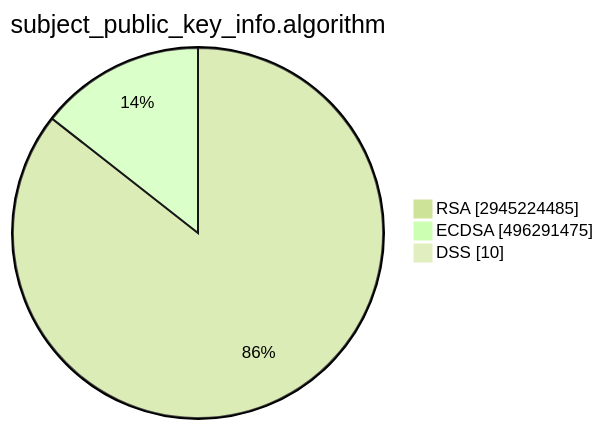
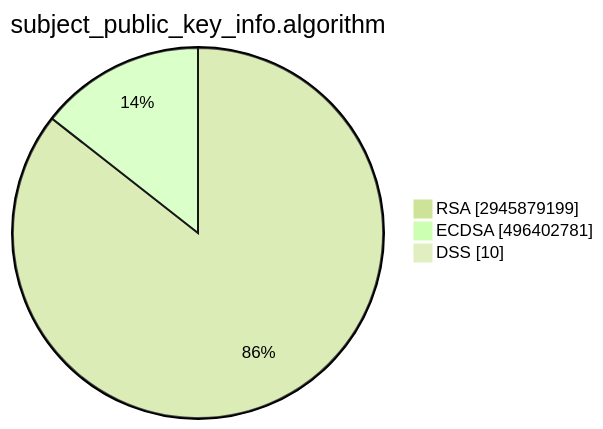
One commit to christiankrug/ctmonitor_visualization changed the second of 15 diagrams in TOTAL/README.md. Above: the diagram before and after it, drawn with Mermaid (forest theme). The commit also changed other lines of this file, not shown here.

````diff
--- a/TOTAL/README.md
+++ b/TOTAL/README.md
@@ -6,7 +6,7 @@
 ```mermaid
 pie showData
 title subject_public_key_info.algorithm
-"RSA" :2945224485
-"ECDSA" :496291475
+"RSA" :2945879199
+"ECDSA" :496402781
 "DSS" :10
 ```
````
